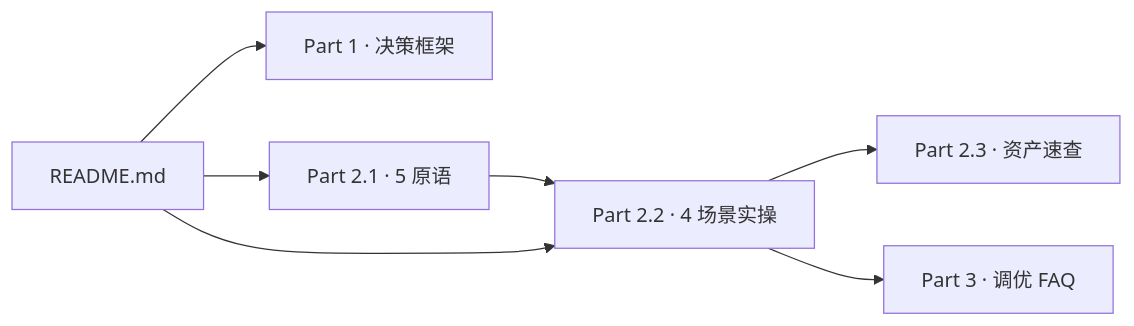
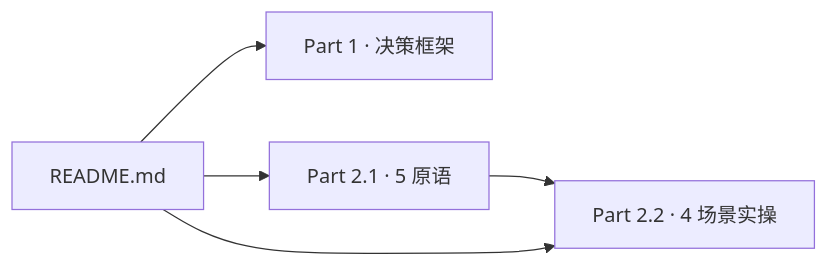
One commit to kizemo/loop-engineering changed the diagram in docs/quality/README.md. Above: the diagram before and after it, drawn with Mermaid. The commit also changed other lines of this file, not shown here.

````diff
--- a/docs/quality/README.md
+++ b/docs/quality/README.md
@@ -23,9 +23,7 @@
 ```mermaid
 graph LR
   A[README.md] --> B[Part 1 · 决策框架]
   A --> C[Part 2.1 · 5 原语]
   C --> D[Part 2.2 · 4 场景实操]
   A --> D
-  D --> E[Part 2.3 · 资产速查]
-  D --> F[Part 3 · 调优 FAQ]
 ```
````
